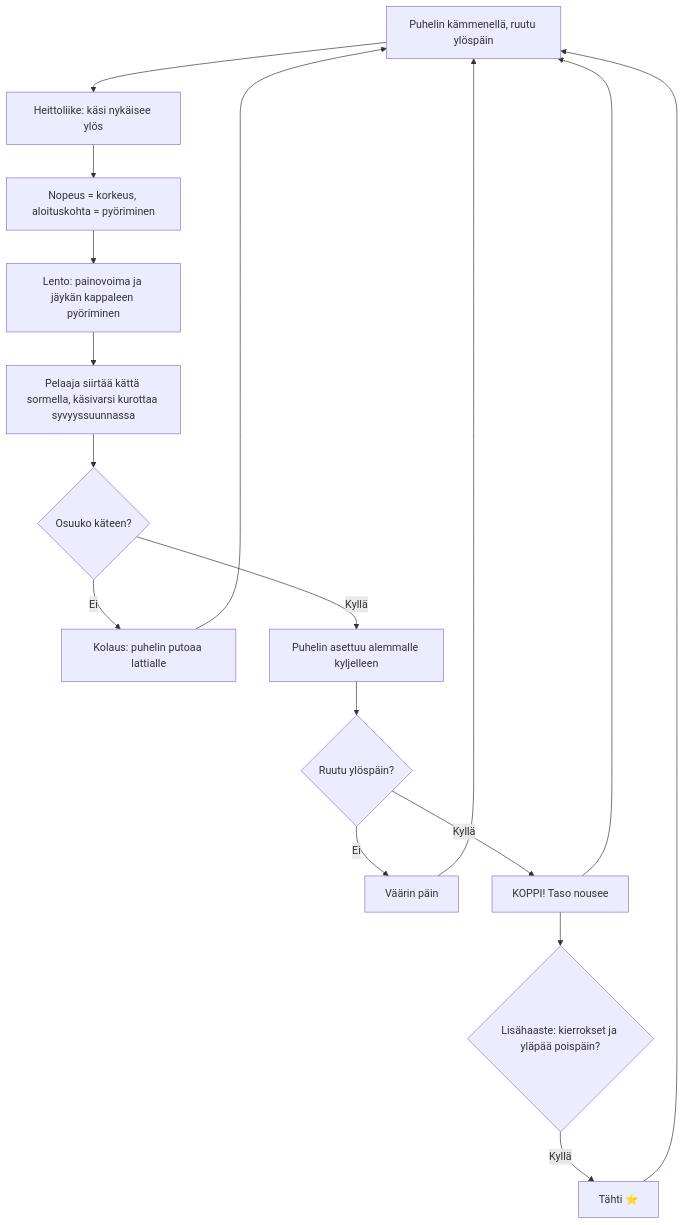
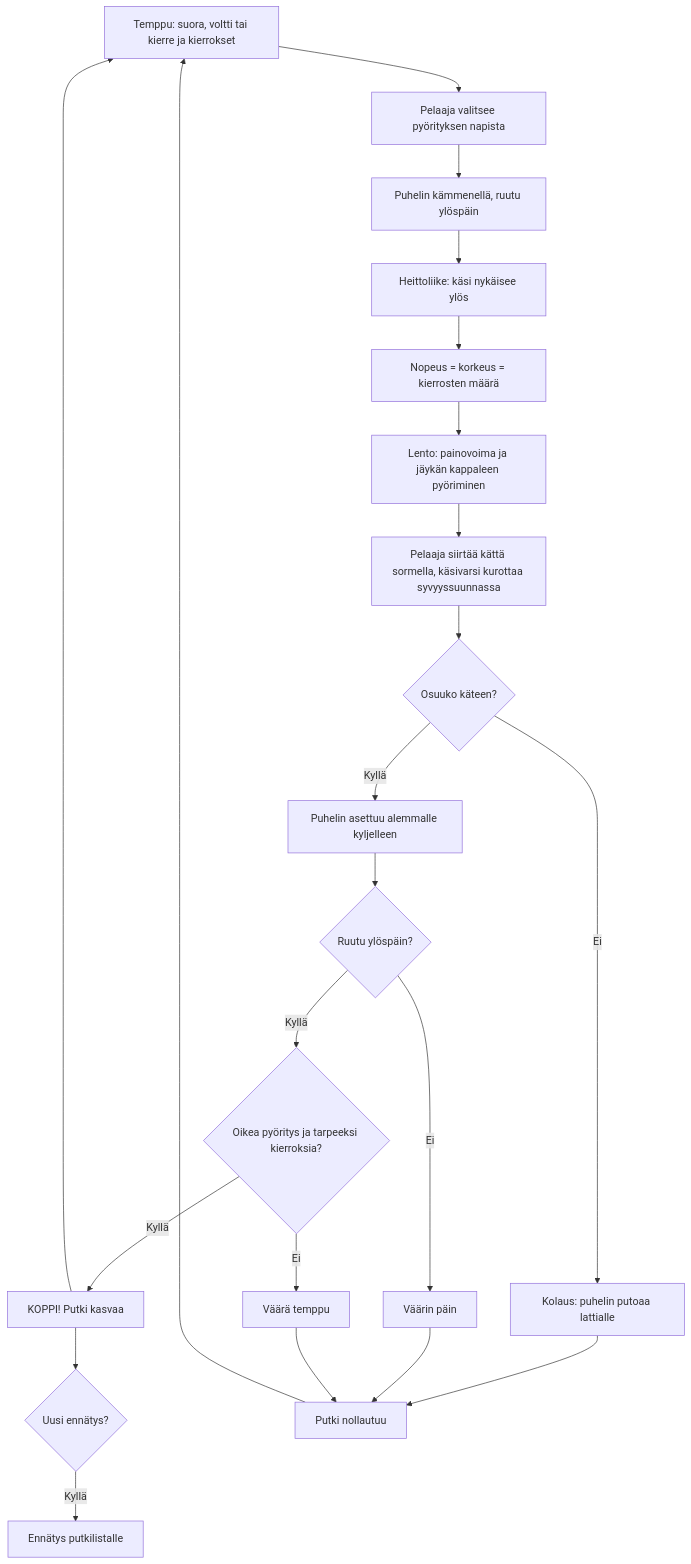
Before and after one commit to eerovil/ai-pelit: the diagram in docs/diagrams/puhelinkoppi.md, drawn with Mermaid. The commit also changed other lines of this file and 10 other files, not shown here.

````diff
--- a/docs/diagrams/puhelinkoppi.md
+++ b/docs/diagrams/puhelinkoppi.md
@@ -10,24 +11,30 @@
 ```mermaid
 flowchart TD
-  A[Puhelin kämmenellä, ruutu ylöspäin] --> B[Heittoliike: käsi nykäisee ylös]
-  B --> C[Nopeus = korkeus, aloituskohta = pyöriminen]
+  T[Temppu: suora, voltti tai kierre ja kierrokset] --> P[Pelaaja valitsee pyörityksen napista]
+  P --> A[Puhelin kämmenellä, ruutu ylöspäin]
+  A --> B[Heittoliike: käsi nykäisee ylös]
+  B --> C[Nopeus = korkeus = kierrosten määrä]
   C --> D[Lento: painovoima ja jäykän kappaleen pyöriminen]
   D --> E[Pelaaja siirtää kättä sormella, käsivarsi kurottaa syvyyssuunnassa]
   E --> F{Osuuko käteen?}
   F -- Ei --> G[Kolaus: puhelin putoaa lattialle]
   F -- Kyllä --> H[Puhelin asettuu alemmalle kyljelleen]
   H --> I{Ruutu ylöspäin?}
   I -- Ei --> J[Väärin päin]
-  I -- Kyllä --> L[KOPPI! Taso nousee]
-  L --> K{Lisähaaste: kierrokset ja yläpää poispäin?}
-  K -- Kyllä --> M[Tähti ⭐]
-  G --> A
-  J --> A
-  L --> A
-  M --> A
-  class A,B,E blue
-  class F,I,K amber
+  I -- Kyllä --> K{Oikea pyöritys ja tarpeeksi kierroksia?}
+  K -- Ei --> J2[Väärä temppu]
+  K -- Kyllä --> L[KOPPI! Putki kasvaa]
+  L --> R{Uusi ennätys?}
+  R -- Kyllä --> S[Ennätys putkilistalle]
+  G --> Z[Putki nollautuu]
+  J --> Z
+  J2 --> Z
+  Z --> T
+  L --> T
+  class P,A,B,E blue
+  class F,I,K,R amber
   class C,D,H teal
-  class L,M green
-  class G,J rose
+  class T violet
+  class L,S green
+  class G,J,J2,Z rose
 ```
````
